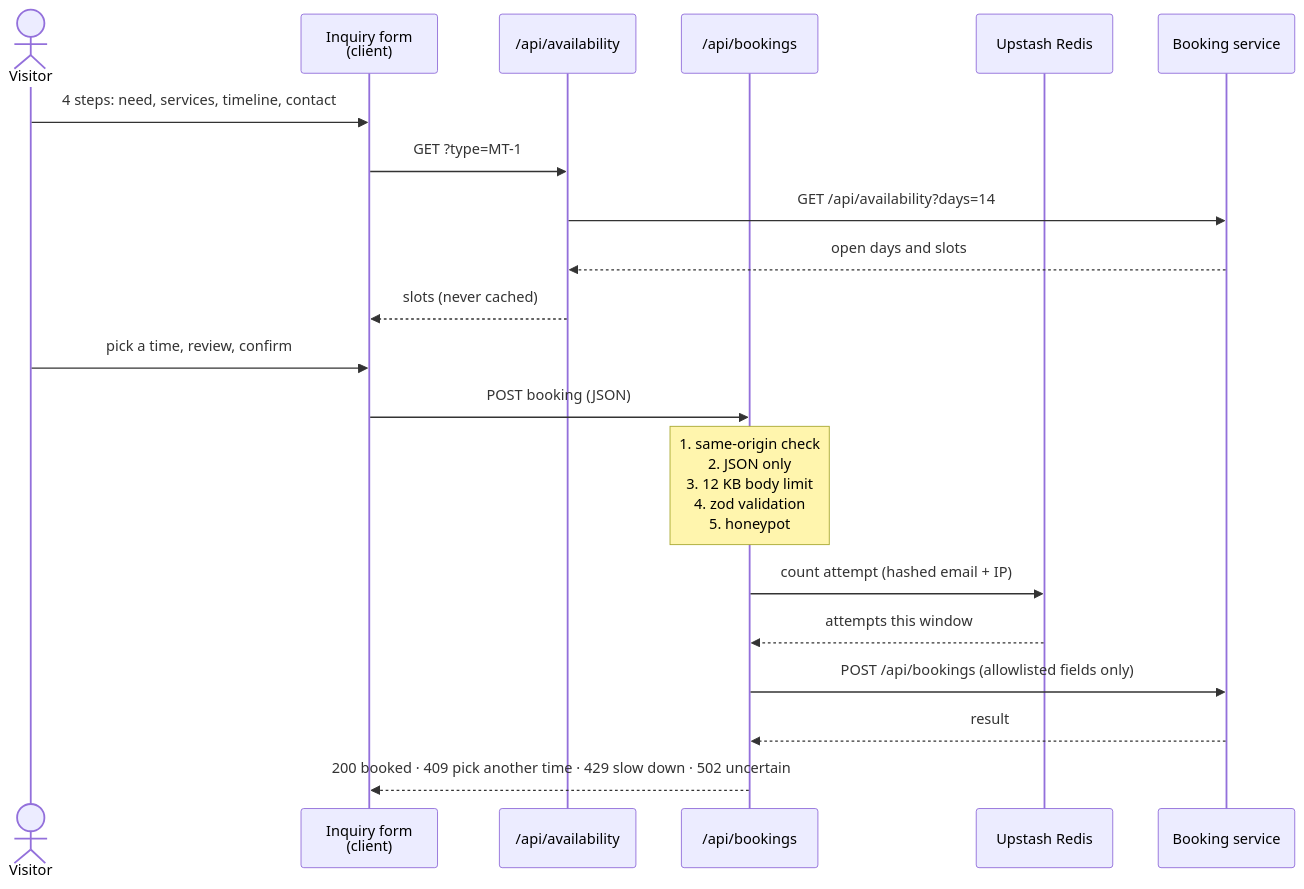
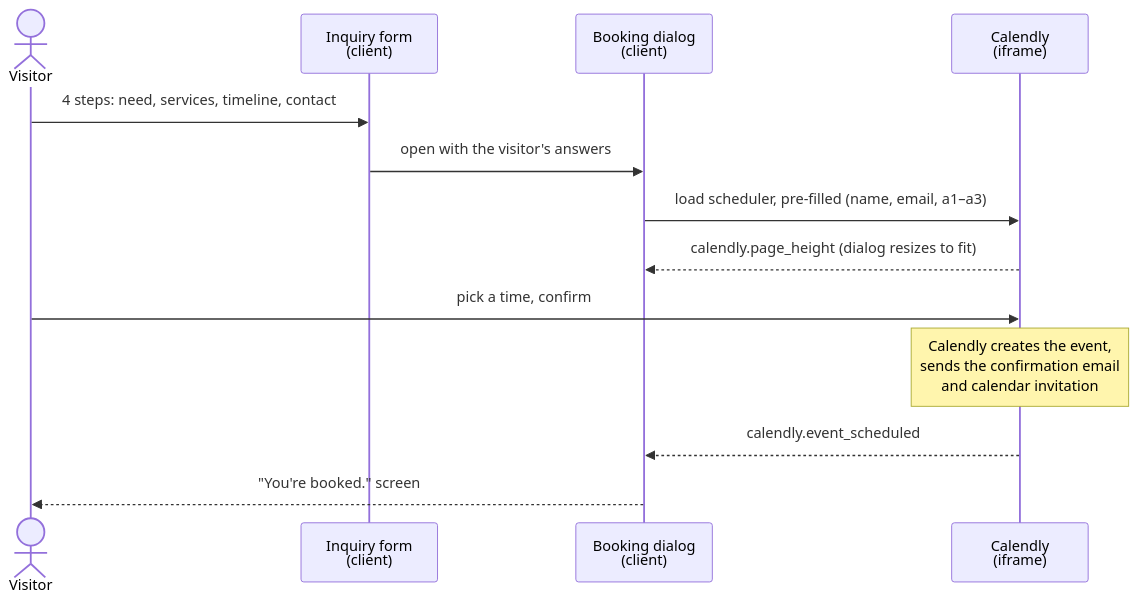
The second of 2 diagrams in docs/ARCHITECTURE.md (bdocamponuvatoai/nuvatoai), drawn with Mermaid before and after one commit. The commit also changed other lines of this file and 3 other files, not shown here.

First line of the commit message:
Document the Calendly booking setup

````diff
--- a/docs/ARCHITECTURE.md
+++ b/docs/ARCHITECTURE.md
@@ -75,23 +72,16 @@
 ```mermaid
 sequenceDiagram
   actor V as Visitor
   participant F as Inquiry form<br/>(client)
-  participant A as /api/availability
-  participant B as /api/bookings
-  participant R as Upstash Redis
-  participant S as Booking service
+  participant D as Booking dialog<br/>(client)
+  participant C as Calendly<br/>(iframe)
 
   V->>F: 4 steps: need, services, timeline, contact
-  F->>A: GET ?type=MT-1
-  A->>S: GET /api/availability?days=14
-  S-->>A: open days and slots
-  A-->>F: slots (never cached)
-  V->>F: pick a time, review, confirm
-  F->>B: POST booking (JSON)
-  Note over B: 1. same-origin check<br/>2. JSON only<br/>3. 12 KB body limit<br/>4. zod validation<br/>5. honeypot
-  B->>R: count attempt (hashed email + IP)
-  R-->>B: attempts this window
-  B->>S: POST /api/bookings (allowlisted fields only)
-  S-->>B: result
-  B-->>F: 200 booked · 409 pick another time · 429 slow down · 502 uncertain
+  F->>D: open with the visitor's answers
+  D->>C: load scheduler, pre-filled (name, email, a1–a3)
+  C-->>D: calendly.page_height (dialog resizes to fit)
+  V->>C: pick a time, confirm
+  Note over C: Calendly creates the event,<br/>sends the confirmation email<br/>and calendar invitation
+  C-->>D: calendly.event_scheduled
+  D-->>V: "You're booked." screen
 ```
````
